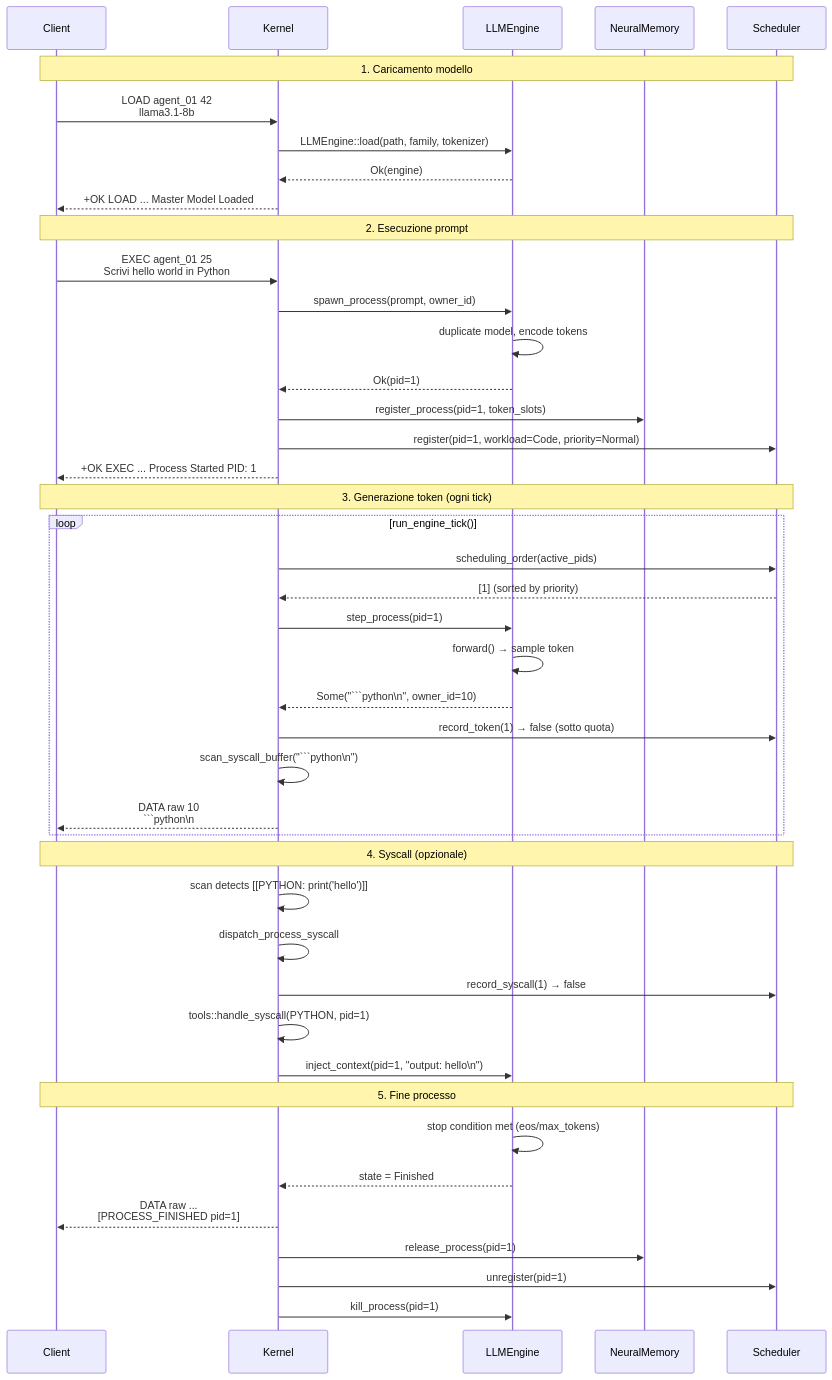
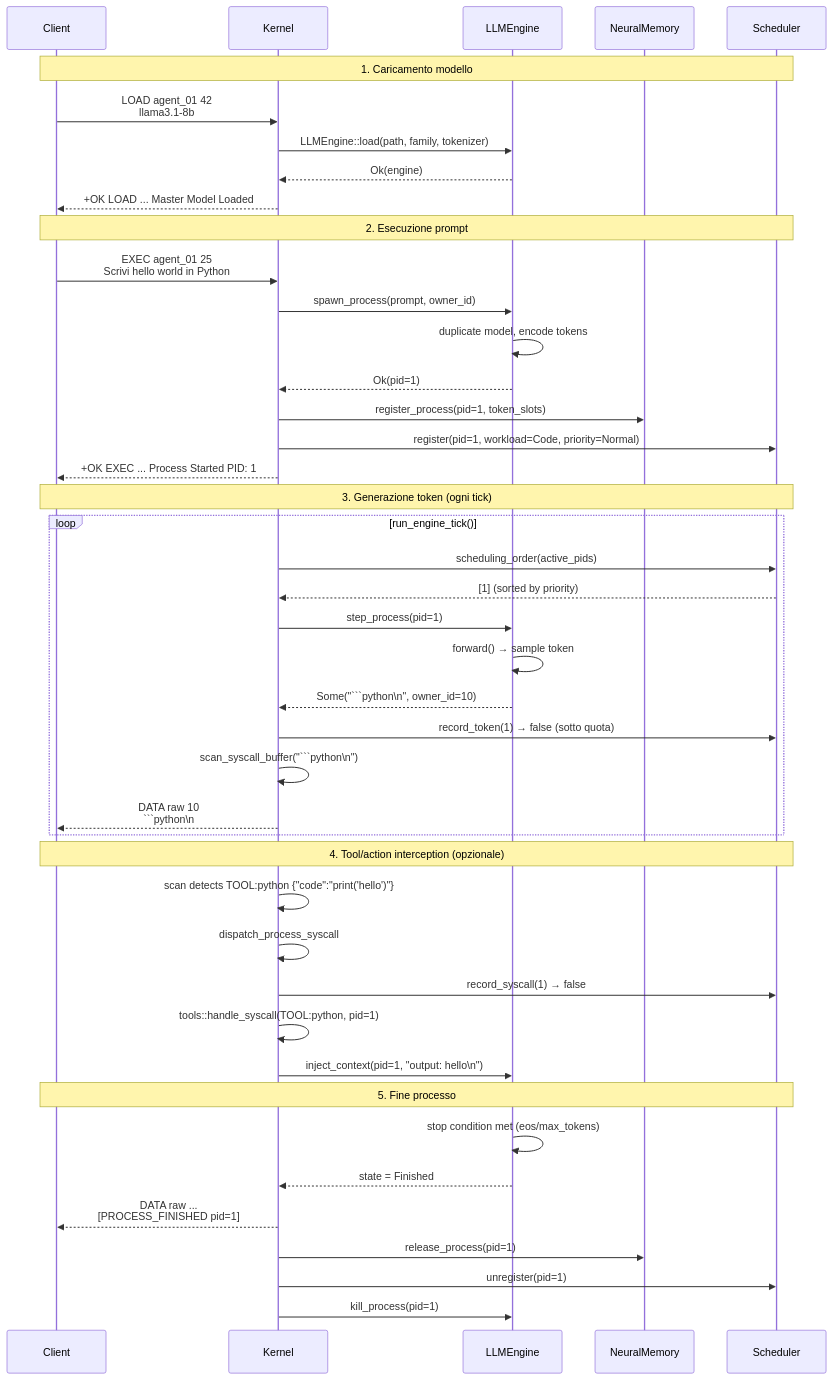
The third of 10 diagrams in ARCHITECTURE.md (Bernuz2003/AgenticOS), drawn with Mermaid before and after one commit. The commit also changed other lines of this file and 95 other files, not shown here.

First line of the commit message:
feat: add allowed_callers field to tool schemas

````diff
--- a/ARCHITECTURE.md
+++ b/ARCHITECTURE.md
@@ -188,50 +188,50 @@
 ```mermaid
 sequenceDiagram
     participant C as Client
     participant K as Kernel
     participant E as LLMEngine
     participant M as NeuralMemory
     participant S as Scheduler
 
     Note over C,S: 1. Caricamento modello
     C->>K: LOAD agent_01 42<br/>llama3.1-8b
     K->>E: LLMEngine::load(path, family, tokenizer)
     E-->>K: Ok(engine)
     K-->>C: +OK LOAD ... Master Model Loaded
 
     Note over C,S: 2. Esecuzione prompt
     C->>K: EXEC agent_01 25<br/>Scrivi hello world in Python
     K->>E: spawn_process(prompt, owner_id)
     E->>E: duplicate model, encode tokens
     E-->>K: Ok(pid=1)
     K->>M: register_process(pid=1, token_slots)
     K->>S: register(pid=1, workload=Code, priority=Normal)
     K-->>C: +OK EXEC ... Process Started PID: 1
 
     Note over C,S: 3. Generazione token (ogni tick)
     loop run_engine_tick()
         K->>S: scheduling_order(active_pids)
         S-->>K: [1] (sorted by priority)
         K->>E: step_process(pid=1)
         E->>E: forward() → sample token
         E-->>K: Some("```python\n", owner_id=10)
         K->>S: record_token(1) → false (sotto quota)
         K->>K: scan_syscall_buffer("```python\n")
         K-->>C: DATA raw 10<br/>```python\n
     end
 
-    Note over C,S: 4. Syscall (opzionale)
-    K->>K: scan detects [[PYTHON: print('hello')]]
+    Note over C,S: 4. Tool/action interception (opzionale)
+    K->>K: scan detects TOOL:python {"code":"print('hello')"}
     K->>K: dispatch_process_syscall
     K->>S: record_syscall(1) → false
-    K->>K: tools::handle_syscall(PYTHON, pid=1)
+    K->>K: tools::handle_syscall(TOOL:python, pid=1)
     K->>E: inject_context(pid=1, "output: hello\n")
 
     Note over C,S: 5. Fine processo
     E->>E: stop condition met (eos/max_tokens)
     E-->>K: state = Finished
     K-->>C: DATA raw ...<br/>[PROCESS_FINISHED pid=1]
     K->>M: release_process(pid=1)
     K->>S: unregister(pid=1)
     K->>E: kill_process(pid=1)
 ```
````
